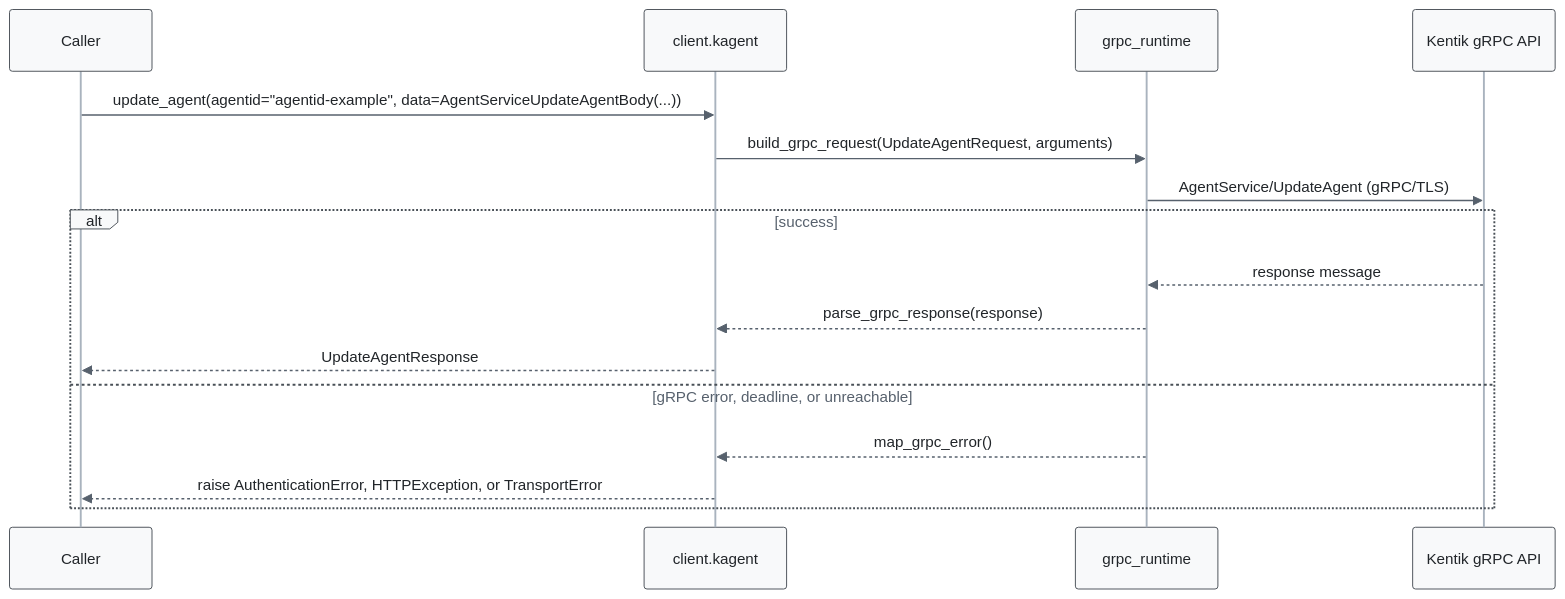
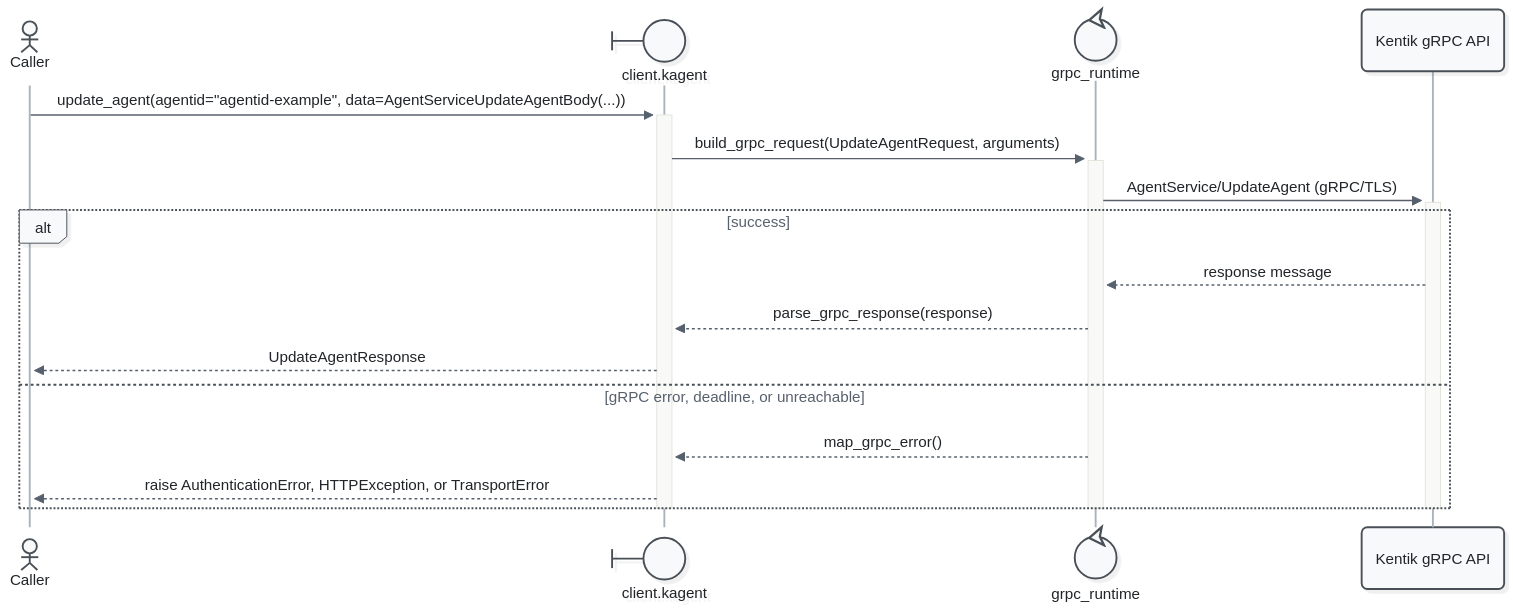
Diagram 12 of 57 in docs/sphinx/services/kagent.md (alexdearaujo/community_sdk_python), drawn with Mermaid before and after one commit. The commit also changed other lines of this file and 52 other files, not shown here.

First line of the commit message:
docs: Mermaid 12 sequence diagrams with participant types and path colors

````diff
--- a/docs/sphinx/services/kagent.md
+++ b/docs/sphinx/services/kagent.md
@@ -451,20 +478,23 @@
 ```mermaid
-%%{init: {"theme": "base", "fontFamily": "ui-monospace, SFMono-Regular, Menlo, monospace", "themeVariables": {"fontFamily": "ui-monospace, SFMono-Regular, Menlo, monospace", "primaryColor": "#f8f9fa", "primaryBorderColor": "#495057", "primaryTextColor": "#212529", "textColor": "#212529", "lineColor": "#77818c", "edgeLabelBackground": "#ffffff", "actorBkg": "#f8f9fa", "actorBorder": "#495057", "actorTextColor": "#212529", "actorLineColor": "#a9b3be", "signalColor": "#57616d", "signalTextColor": "#212529", "labelBoxBkgColor": "#f8f9fa", "labelBoxBorderColor": "#495057", "labelTextColor": "#212529", "loopTextColor": "#57616d", "noteBkgColor": "#fff9db", "noteBorderColor": "#f08c00", "noteTextColor": "#a35a00"}, "flowchart": {"curve": "step", "nodeSpacing": 30, "rankSpacing": 70, "wrappingWidth": 400}}}%%
+%%{init: {"theme": "redux", "look": "neo", "layout": "dagre", "fontFamily": "ui-monospace, SFMono-Regular, Menlo, monospace", "themeVariables": {"fontFamily": "ui-monospace, SFMono-Regular, Menlo, monospace", "primaryColor": "#f8f9fa", "primaryBorderColor": "#495057", "primaryTextColor": "#212529", "textColor": "#212529", "lineColor": "#77818c", "edgeLabelBackground": "#ffffff", "actorBkg": "#f8f9fa", "actorBorder": "#495057", "actorTextColor": "#212529", "actorLineColor": "#a9b3be", "signalColor": "#57616d", "signalTextColor": "#212529", "labelBoxBkgColor": "#f8f9fa", "labelBoxBorderColor": "#495057", "labelTextColor": "#212529", "loopTextColor": "#57616d", "noteBkgColor": "#fff9db", "noteBorderColor": "#f08c00", "noteTextColor": "#a35a00"}, "sequence": {"activationWidth": 16}, "flowchart": {"curve": "step", "nodeSpacing": 30, "rankSpacing": 70, "wrappingWidth": 400}}}%%
 sequenceDiagram
-    participant C as Caller
-    participant W as client.kagent
-    participant R as grpc_runtime
+    actor C as Caller
+    participant W@{ "type": "boundary" } as client.kagent
+    participant R@{ "type": "control" } as grpc_runtime
     participant API as Kentik gRPC API
 
-    C->>W: update_agent(agentid="agentid-example", data=AgentServiceUpdateAgentBody(...))
-    W->>R: build_grpc_request(UpdateAgentRequest, arguments)
-    R->>API: AgentService/UpdateAgent (gRPC/TLS)
+    C->>+W: update_agent(agentid="agentid-example", data=AgentServiceUpdateAgentBody(...))
+    W->>+R: build_grpc_request(UpdateAgentRequest, arguments)
+    R->>+API: AgentService/UpdateAgent (gRPC/TLS)
     alt success
         API-->>R: response message
         R-->>W: parse_grpc_response(response)
         W-->>C: UpdateAgentResponse
     else gRPC error, deadline, or unreachable
         R-->>W: map_grpc_error()
         W-->>C: raise AuthenticationError, HTTPException, or TransportError
     end
+    deactivate API
+    deactivate R
+    deactivate W
 ```
````
